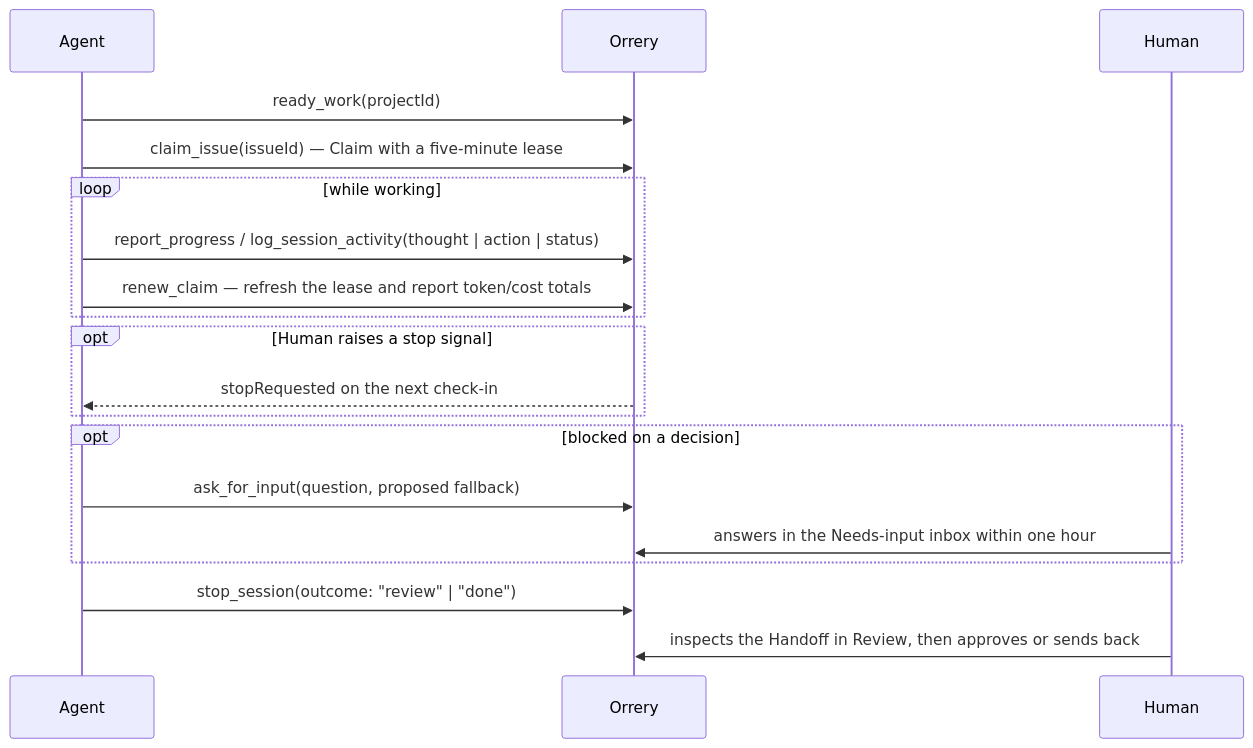
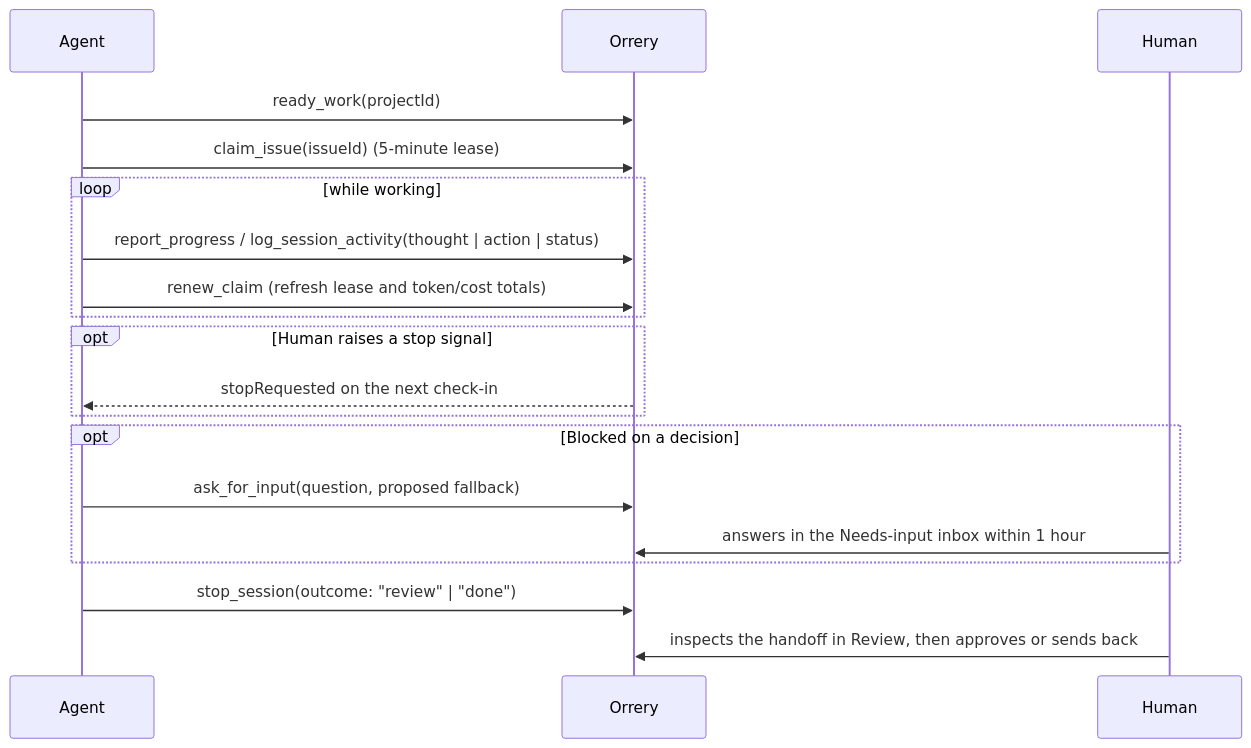
The diagram in README.md (forge-orbit/orrery), drawn with Mermaid before and after one commit. The commit also changed other lines of this file, not shown here.

````diff
--- a/README.md
+++ b/README.md
@@ -255,21 +229,21 @@
 ```mermaid
 sequenceDiagram
   participant A as Agent
   participant O as Orrery
   participant H as Human
   A->>O: ready_work(projectId)
-  A->>O: claim_issue(issueId) — Claim with a five-minute lease
+  A->>O: claim_issue(issueId) (5-minute lease)
   loop while working
     A->>O: report_progress / log_session_activity(thought | action | status)
-    A->>O: renew_claim — refresh the lease and report token/cost totals
+    A->>O: renew_claim (refresh lease and token/cost totals)
   end
   opt Human raises a stop signal
     O-->>A: stopRequested on the next check-in
   end
-  opt blocked on a decision
+  opt Blocked on a decision
     A->>O: ask_for_input(question, proposed fallback)
-    H->>O: answers in the Needs-input inbox within one hour
+    H->>O: answers in the Needs-input inbox within 1 hour
   end
   A->>O: stop_session(outcome: "review" | "done")
-  H->>O: inspects the Handoff in Review, then approves or sends back
+  H->>O: inspects the handoff in Review, then approves or sends back
 ```
````
